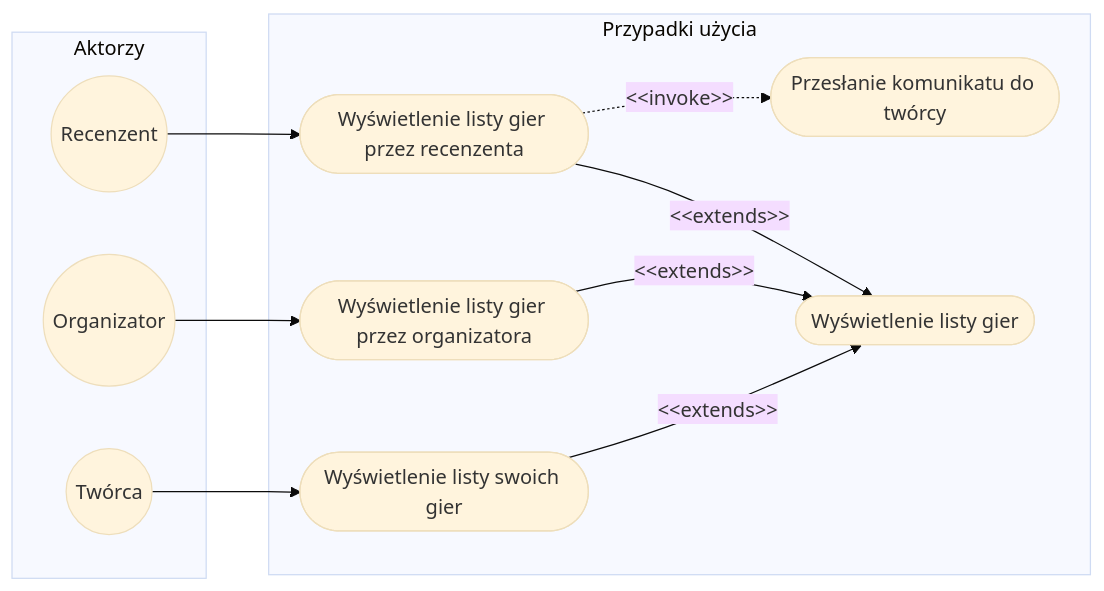
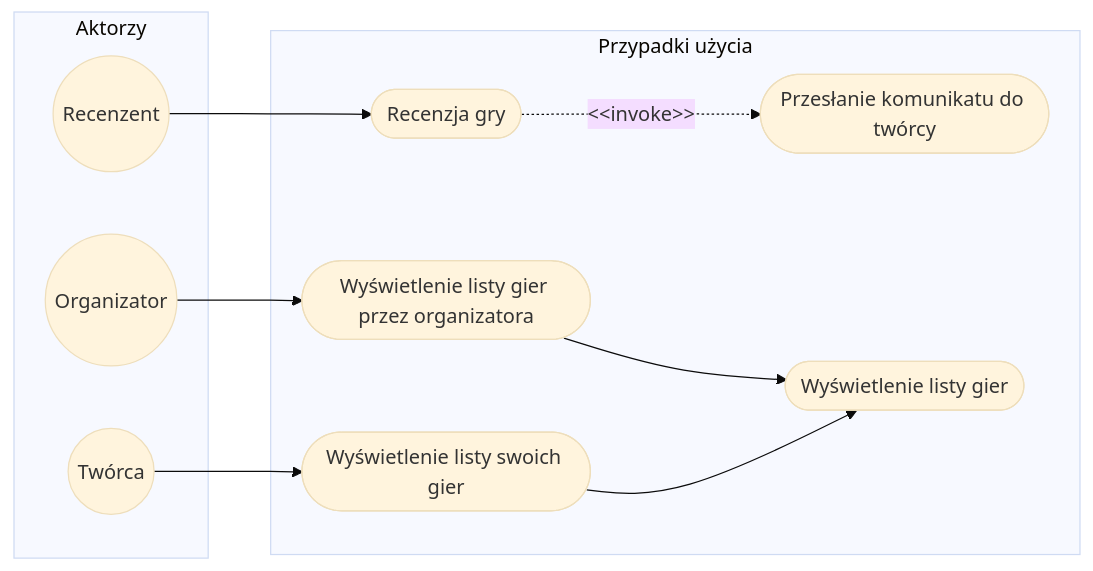
The diagram in łukasz_czajka.md (cojarobietu9/project_iwo), drawn with Mermaid (base theme) before and after one commit. The commit also changed other lines of this file, not shown here.

Commit message:
Poprawiono diagram pu

````diff
--- a/łukasz_czajka.md
+++ b/łukasz_czajka.md
@@ -1,31 +1,28 @@
 ```mermaid
 flowchart LR
 
 subgraph Aktorzy
 rec((Recenzent))
 org((Organizator))
 tworca((Twórca))
 end
 
 subgraph Przypadki użycia
 pu_lista_gier_tw([Wyświetlenie listy swoich gier])
 pu_komunikat([Przesłanie komunikatu do twórcy])
 pu_lista_gier_org([Wyświetlenie listy gier przez organizatora])
-pu_lista_gier_rec([Wyświetlenie listy gier przez recenzenta])
 pu_lista_gier([Wyświetlenie listy gier])
-
+pu_recenzja_gry([Recenzja gry])
 
 tworca --> pu_lista_gier_tw
 org --> pu_lista_gier_org
-rec --> pu_lista_gier_rec
+rec --> pu_recenzja_gry
 
 pu_lista_gier_org ~~~ pu_lista_gier
 pu_lista_gier_tw ~~~ pu_lista_gier
-pu_lista_gier_rec ~~~ pu_lista_gier
-pu_lista_gier_org --"&lt;&lt;extends&gt;&gt;"--> pu_lista_gier 
-pu_lista_gier_tw --"&lt;&lt;extends&gt;&gt;"--> pu_lista_gier
-pu_lista_gier_rec --"&lt;&lt;extends&gt;&gt;"--> pu_lista_gier
-pu_lista_gier_rec -."&lt;&lt;invoke&gt;&gt;".-> pu_komunikat
+pu_lista_gier_org --> pu_lista_gier 
+pu_lista_gier_tw --> pu_lista_gier
+pu_recenzja_gry -."&lt;&lt;invoke&gt;&gt;".-> pu_komunikat
 
 end
 ```
````
